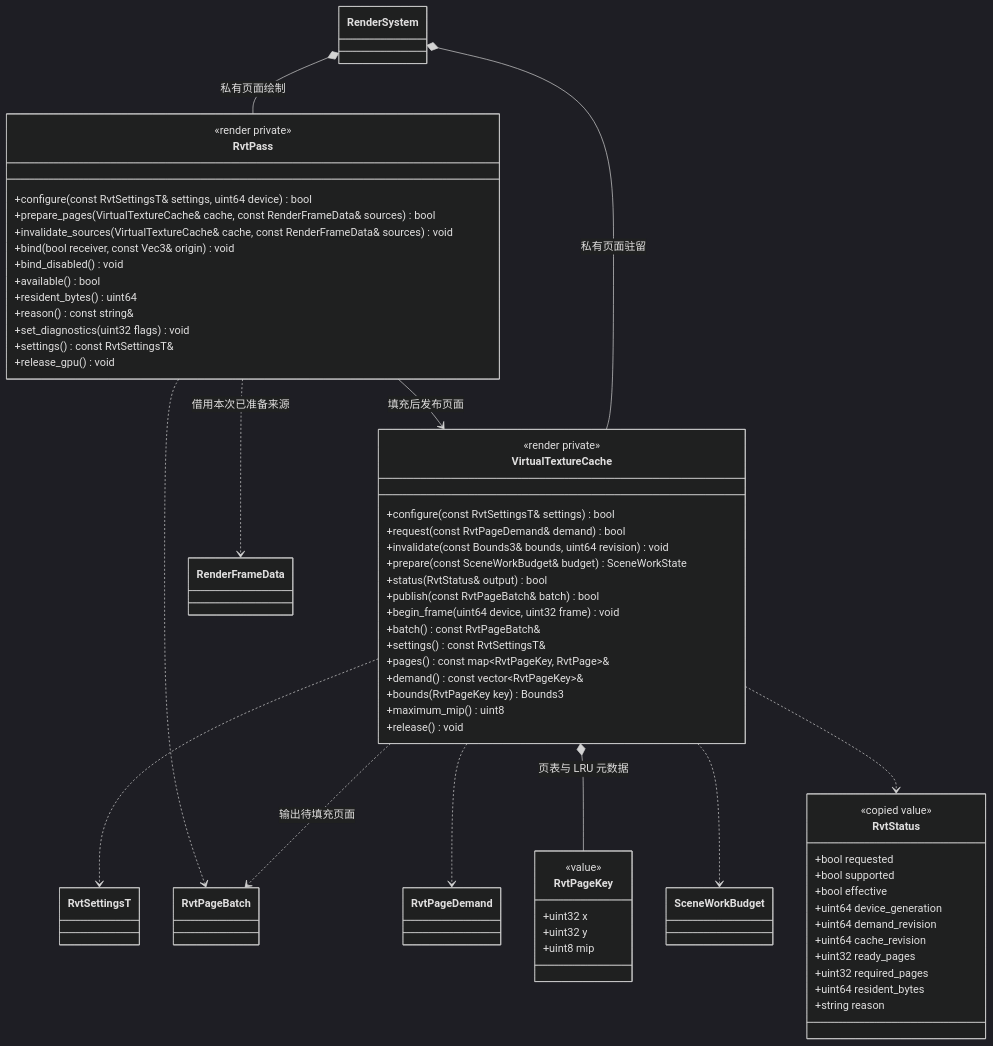
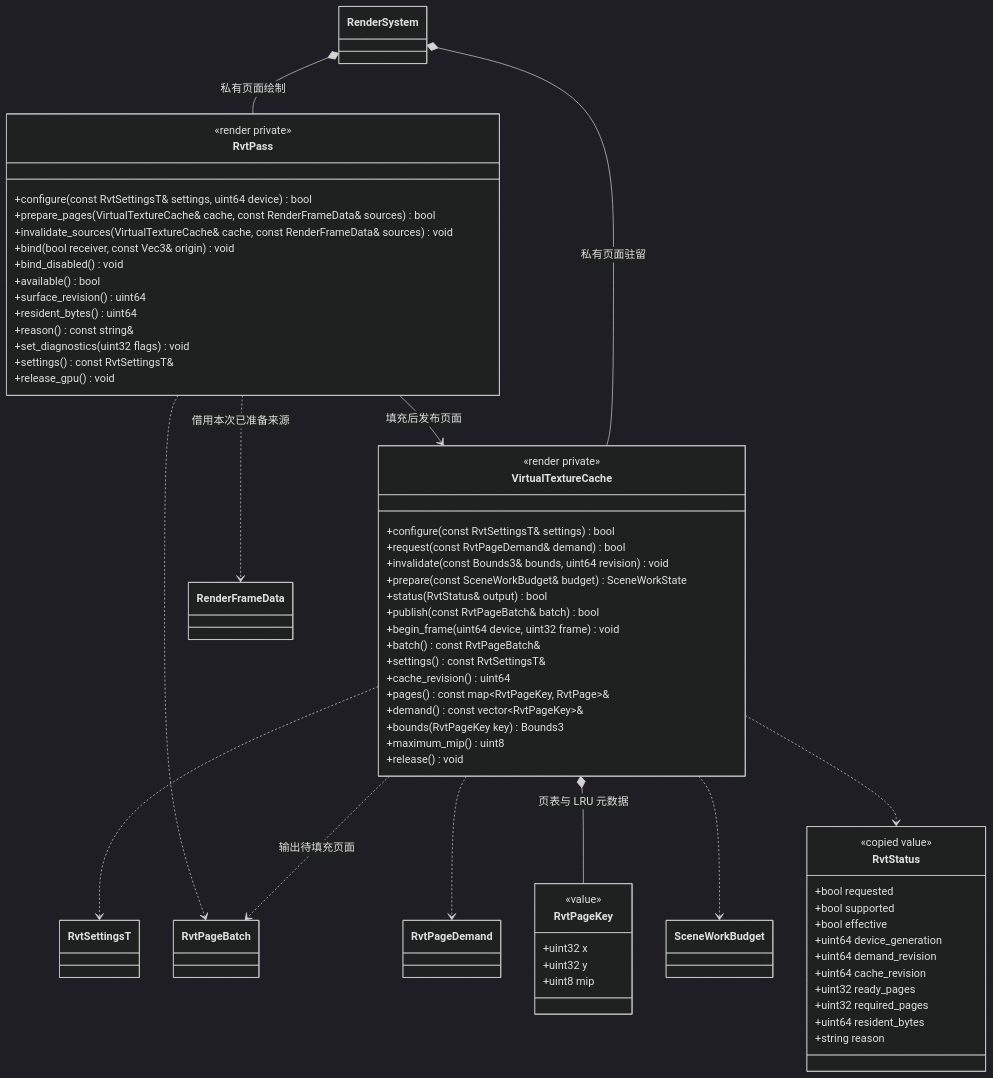
One commit to lcgamedevelop/Engine changed the second of 4 diagrams in docs/runtime/class-diagrams/runtime-virtual-texture.md. Above: the diagram before and after it, drawn with Mermaid (dark theme). The commit also changed other lines of this file and 20 other files, not shown here.

````diff
--- a/docs/runtime/class-diagrams/runtime-virtual-texture.md
+++ b/docs/runtime/class-diagrams/runtime-virtual-texture.md
@@ -59,70 +59,72 @@
 ```mermaid
 classDiagram
     class VirtualTextureCache {
         <<render private>>
         +configure(const RvtSettingsT& settings) bool
         +request(const RvtPageDemand& demand) bool
         +invalidate(const Bounds3& bounds, uint64 revision) void
         +prepare(const SceneWorkBudget& budget) SceneWorkState
         +status(RvtStatus& output) bool
         +publish(const RvtPageBatch& batch) bool
         +begin_frame(uint64 device, uint32 frame) void
         +batch() const RvtPageBatch&
         +settings() const RvtSettingsT&
+        +cache_revision() uint64
         +pages() const map~RvtPageKey, RvtPage~&
         +demand() const vector~RvtPageKey~&
         +bounds(RvtPageKey key) Bounds3
         +maximum_mip() uint8
         +release() void
     }
     class RvtPass {
         <<render private>>
         +configure(const RvtSettingsT& settings, uint64 device) bool
         +prepare_pages(VirtualTextureCache& cache, const RenderFrameData& sources) bool
         +invalidate_sources(VirtualTextureCache& cache, const RenderFrameData& sources) void
         +bind(bool receiver, const Vec3& origin) void
         +bind_disabled() void
         +available() bool
+        +surface_revision() uint64
         +resident_bytes() uint64
         +reason() const string&
         +set_diagnostics(uint32 flags) void
         +settings() const RvtSettingsT&
         +release_gpu() void
     }
     class RvtPageKey {
         <<value>>
         +uint32 x
         +uint32 y
         +uint8 mip
     }
     class RvtStatus {
         <<copied value>>
         +bool requested
         +bool supported
         +bool effective
         +uint64 device_generation
         +uint64 demand_revision
         +uint64 cache_revision
         +uint32 ready_pages
         +uint32 required_pages
         +uint64 resident_bytes
         +string reason
     }
     class RenderSystem
     class RenderFrameData
     class RvtPageBatch
     class RvtPageDemand
     class RvtSettingsT
     class SceneWorkBudget
     RenderSystem *-- VirtualTextureCache : 私有页面驻留
     RenderSystem *-- RvtPass : 私有页面绘制
     VirtualTextureCache ..> RvtSettingsT
     VirtualTextureCache ..> RvtPageDemand
     VirtualTextureCache *-- RvtPageKey : 页表与 LRU 元数据
     VirtualTextureCache ..> RvtPageBatch : 输出待填充页面
     VirtualTextureCache ..> SceneWorkBudget
     VirtualTextureCache ..> RvtStatus
     RvtPass ..> RvtPageBatch
     RvtPass ..> RenderFrameData : 借用本次已准备来源
     RvtPass --> VirtualTextureCache : 填充后发布页面
 ```
````
